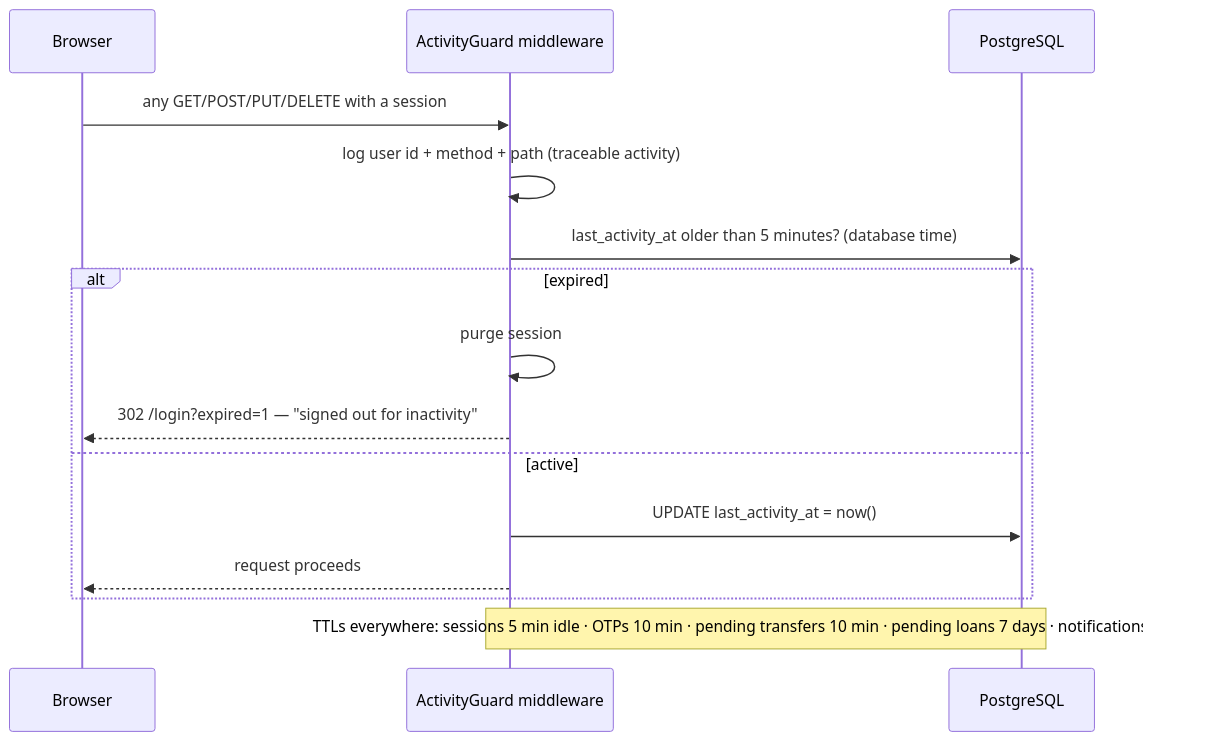
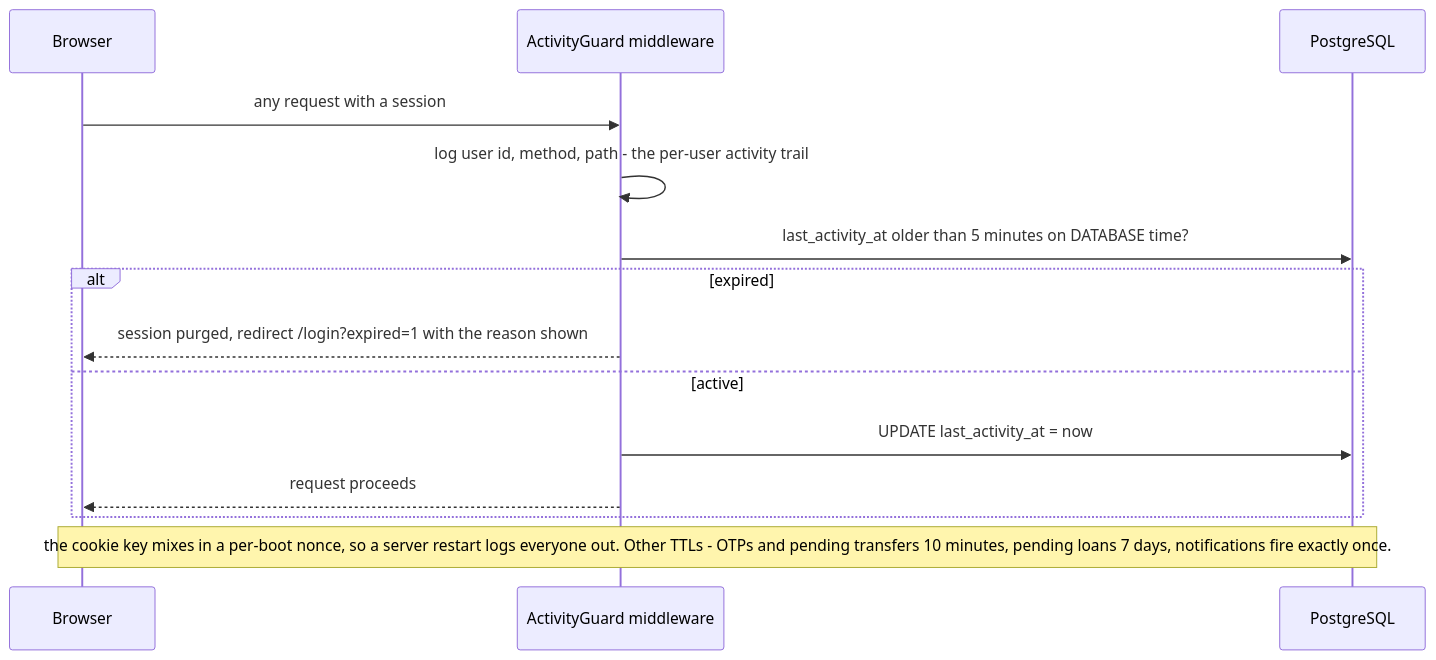
One commit to cthyuiii/FerroBank changed diagram 11 of 14 in docs/FLOWS.md. Above: the diagram before and after it, drawn with Mermaid. The commit also changed other lines of this file and 61 other files, not shown here.

````diff
--- a/docs/FLOWS.md
+++ b/docs/FLOWS.md
@@ -287,18 +251,17 @@
 ```mermaid
 sequenceDiagram
     participant B as Browser
     participant G as ActivityGuard middleware
     participant P as PostgreSQL
 
-    B->>G: any GET/POST/PUT/DELETE with a session
-    G->>G: log user id + method + path (traceable activity)
-    G->>P: last_activity_at older than 5 minutes? (database time)
+    B->>G: any request with a session
+    G->>G: log user id, method, path - the per-user activity trail
+    G->>P: last_activity_at older than 5 minutes on DATABASE time?
     alt expired
-        G->>G: purge session
-        G-->>B: 302 /login?expired=1 — "signed out for inactivity"
+        G-->>B: session purged, redirect /login?expired=1 with the reason shown
     else active
-        G->>P: UPDATE last_activity_at = now()
+        G->>P: UPDATE last_activity_at = now
         G-->>B: request proceeds
     end
-    Note over G,P: TTLs everywhere: sessions 5 min idle · OTPs 10 min · pending transfers 10 min · pending loans 7 days · notifications fire once.
+    Note over B,P: the cookie key mixes in a per-boot nonce, so a server restart logs everyone out. Other TTLs - OTPs and pending transfers 10 minutes, pending loans 7 days, notifications fire exactly once.
 ```
````
